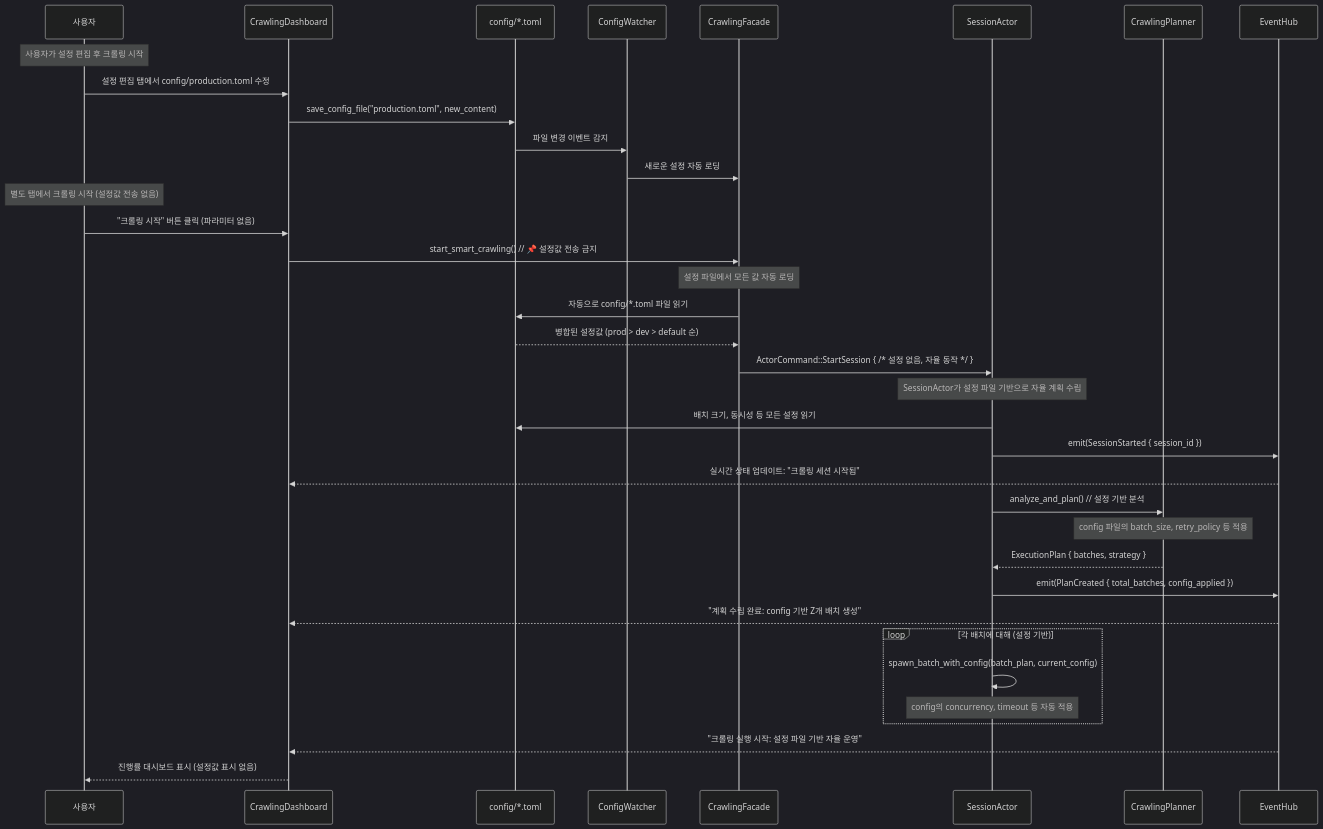
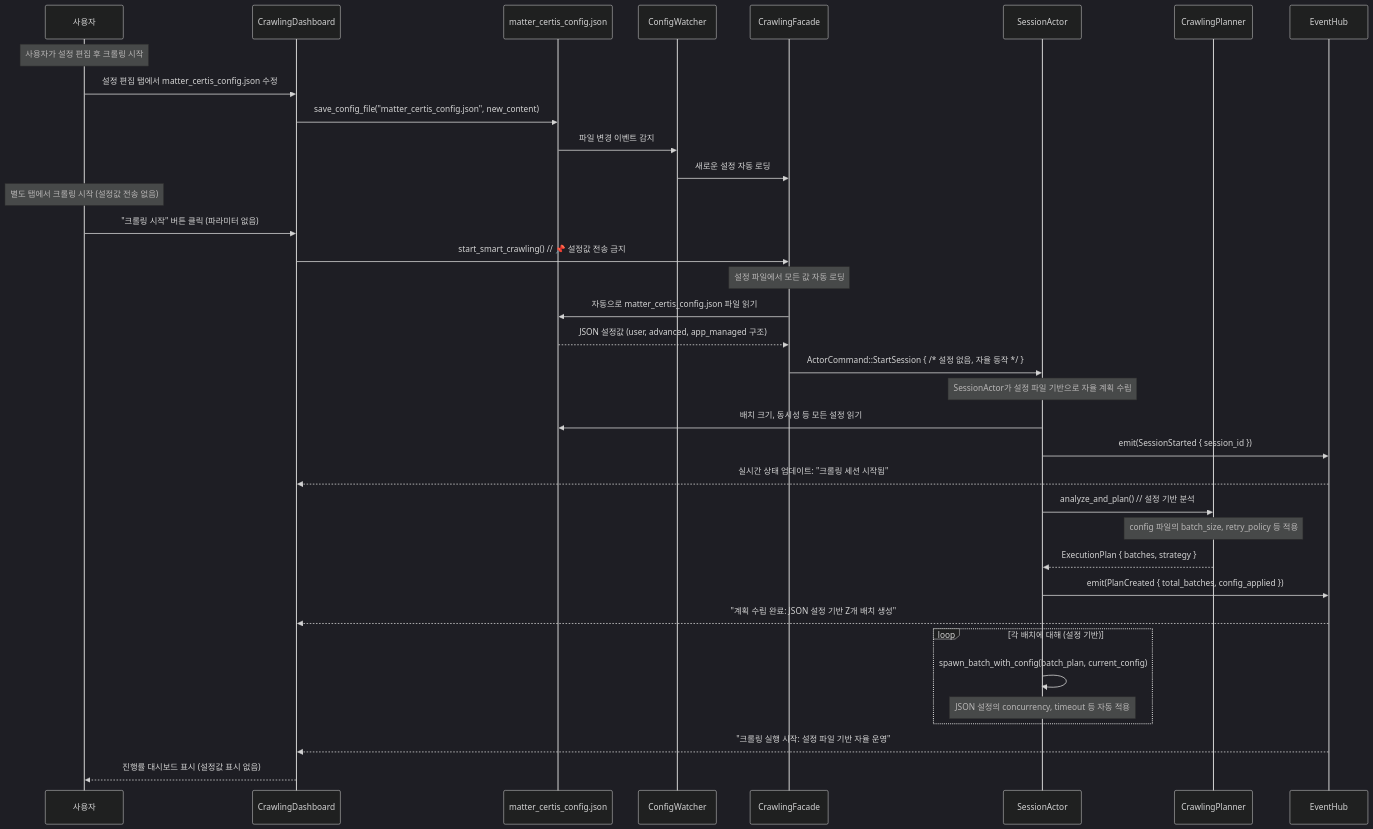
Before and after one commit to Chanseok/rMatterCertis: the second of 5 diagrams in guide/re-arch-plan-final2.md, drawn with Mermaid (dark theme). The commit also changed other lines of this file and 9 other files, not shown here.

````diff
--- a/guide/re-arch-plan-final2.md
+++ b/guide/re-arch-plan-final2.md
@@ -365,48 +368,48 @@
 ```mermaid
 sequenceDiagram
     participant User as 사용자
     participant UI as CrawlingDashboard
-    participant ConfigFile as config/*.toml
+    participant ConfigFile as matter_certis_config.json
     participant Watcher as ConfigWatcher
     participant Facade as CrawlingFacade
     participant Session as SessionActor
     participant Planner as CrawlingPlanner
     participant Event as EventHub
 
     Note over User: 사용자가 설정 편집 후 크롤링 시작
 
-    User->>UI: 설정 편집 탭에서 config/production.toml 수정
-    UI->>ConfigFile: save_config_file("production.toml", new_content)
+    User->>UI: 설정 편집 탭에서 matter_certis_config.json 수정
+    UI->>ConfigFile: save_config_file("matter_certis_config.json", new_content)
     ConfigFile->>Watcher: 파일 변경 이벤트 감지
     Watcher->>Facade: 새로운 설정 자동 로딩
     
     Note over User: 별도 탭에서 크롤링 시작 (설정값 전송 없음)
     User->>UI: "크롤링 시작" 버튼 클릭 (파라미터 없음)
     UI->>Facade: start_smart_crawling() // 📌 설정값 전송 금지
     
     Note over Facade: 설정 파일에서 모든 값 자동 로딩
-    Facade->>ConfigFile: 자동으로 config/*.toml 파일 읽기
-    ConfigFile-->>Facade: 병합된 설정값 (prod > dev > default 순)
+    Facade->>ConfigFile: 자동으로 matter_certis_config.json 파일 읽기
+    ConfigFile-->>Facade: JSON 설정값 (user, advanced, app_managed 구조)
     
     Facade->>Session: ActorCommand::StartSession { /* 설정 없음, 자율 동작 */ }
     
     Note over Session: SessionActor가 설정 파일 기반으로 자율 계획 수립
     Session->>ConfigFile: 배치 크기, 동시성 등 모든 설정 읽기
     Session->>Event: emit(SessionStarted { session_id })
     Event-->>UI: 실시간 상태 업데이트: "크롤링 세션 시작됨"
     
     Session->>Planner: analyze_and_plan() // 설정 기반 분석
     Note over Planner: config 파일의 batch_size, retry_policy 등 적용
     Planner-->>Session: ExecutionPlan { batches, strategy }
     
     Session->>Event: emit(PlanCreated { total_batches, config_applied })
-    Event-->>UI: "계획 수립 완료: config 기반 Z개 배치 생성"
+    Event-->>UI: "계획 수립 완료: JSON 설정 기반 Z개 배치 생성"
     
     loop 각 배치에 대해 (설정 기반)
         Session->>Session: spawn_batch_with_config(batch_plan, current_config)
-        Note over Session: config의 concurrency, timeout 등 자동 적용
+        Note over Session: JSON 설정의 concurrency, timeout 등 자동 적용
     end
     
     Event-->>UI: "크롤링 실행 시작: 설정 파일 기반 자율 운영"
     UI-->>User: 진행률 대시보드 표시 (설정값 표시 없음)
 ```
````
